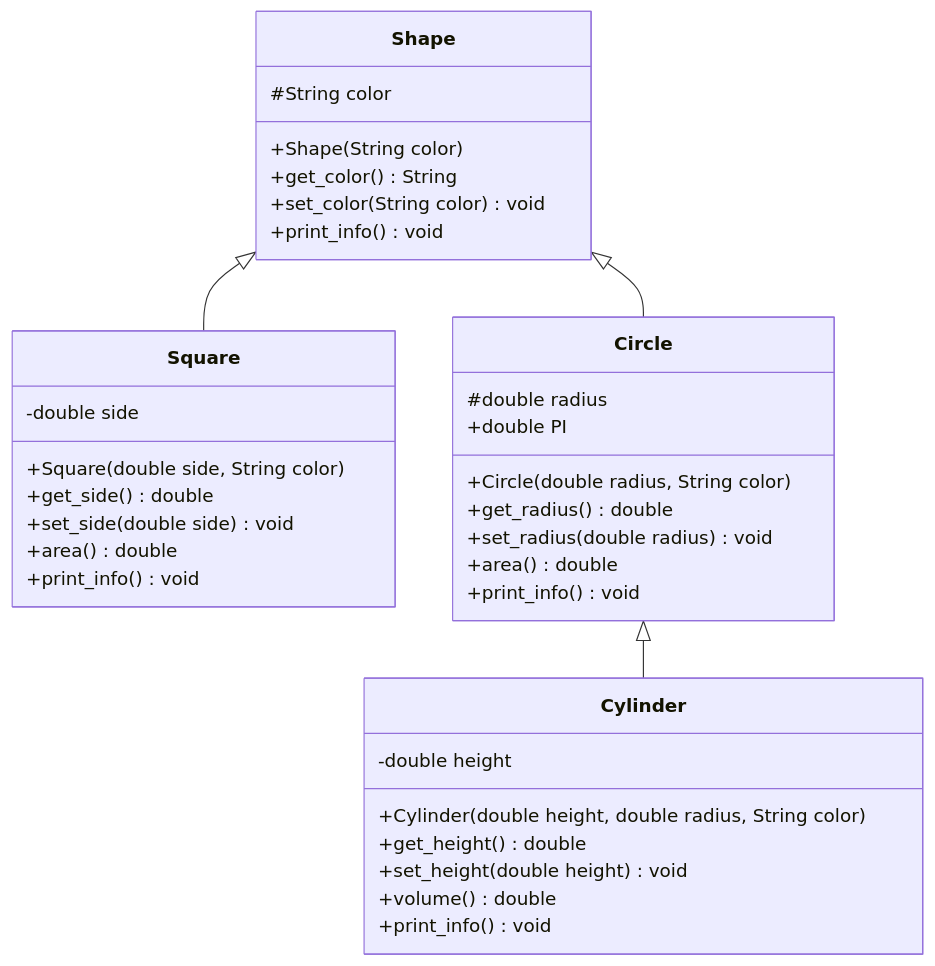
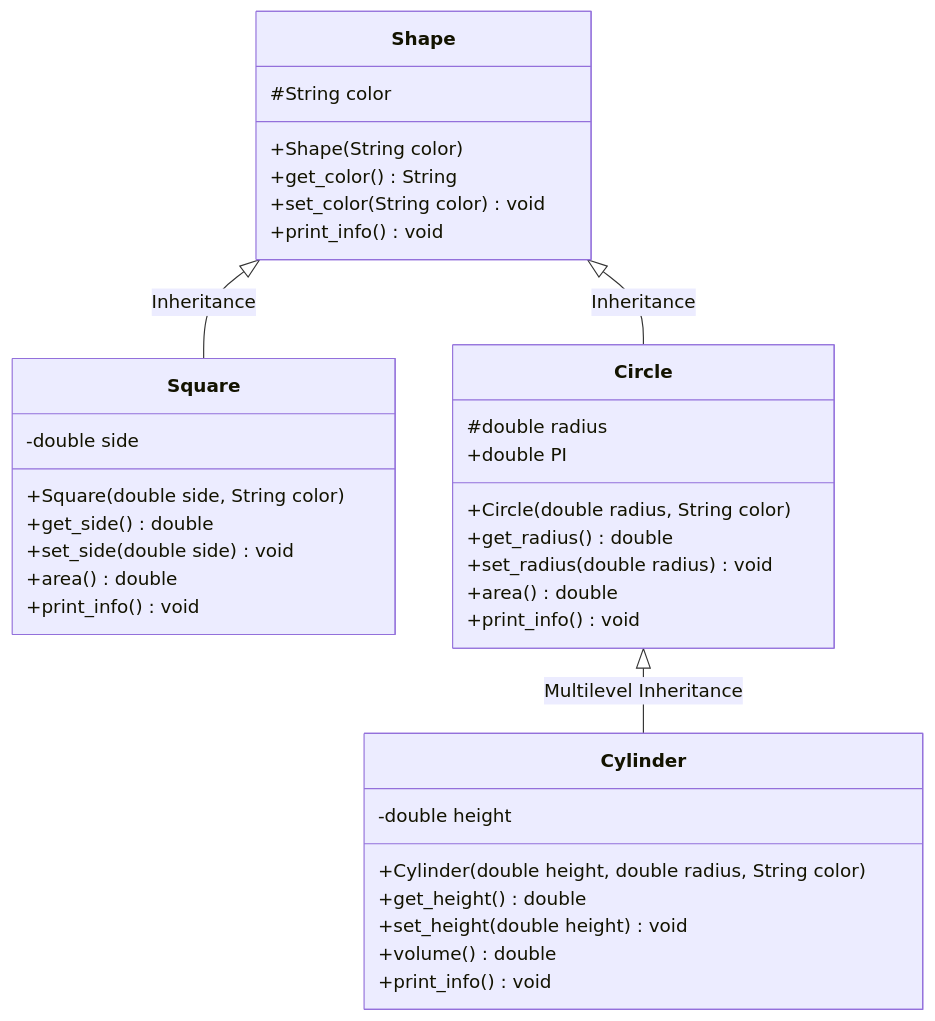
One commit to Schryzon/OOP-Assignments changed the diagram in 05/README.md. Above: the diagram before and after it, drawn with Mermaid. The commit also changed other lines of this file and 3 other files, not shown here.

````diff
--- a/05/README.md
+++ b/05/README.md
@@ -39,42 +17,42 @@
 ```mermaid
 classDiagram
     class Shape {
         #String color
         +Shape(String color)
         +get_color() String
         +set_color(String color) void
         +print_info() void
     }
 
     class Square {
         -double side
         +Square(double side, String color)
         +get_side() double
         +set_side(double side) void
         +area() double
         +print_info() void
     }
 
     class Circle {
         #double radius
         +double PI
         +Circle(double radius, String color)
         +get_radius() double
         +set_radius(double radius) void
         +area() double
         +print_info() void
     }
 
     class Cylinder {
         -double height
         +Cylinder(double height, double radius, String color)
         +get_height() double
         +set_height(double height) void
         +volume() double
         +print_info() void
     }
 
-    Shape <|-- Square
-    Shape <|-- Circle
-    Circle <|-- Cylinder
+    Shape <|-- Square : Inheritance
+    Shape <|-- Circle : Inheritance
+    Circle <|-- Cylinder : Multilevel Inheritance
 ```
````
